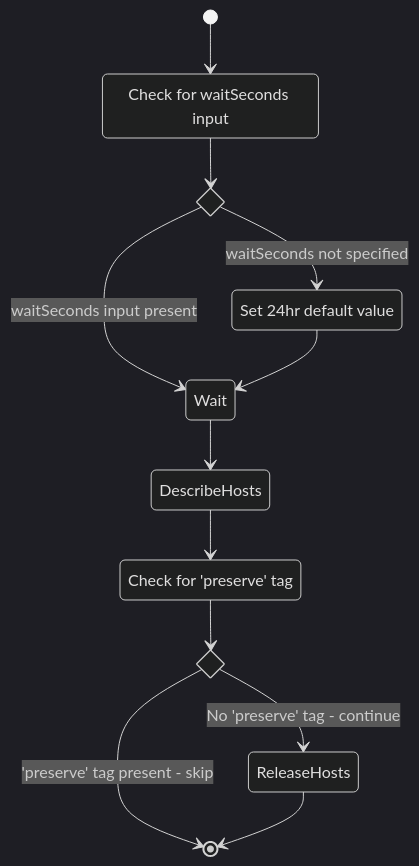
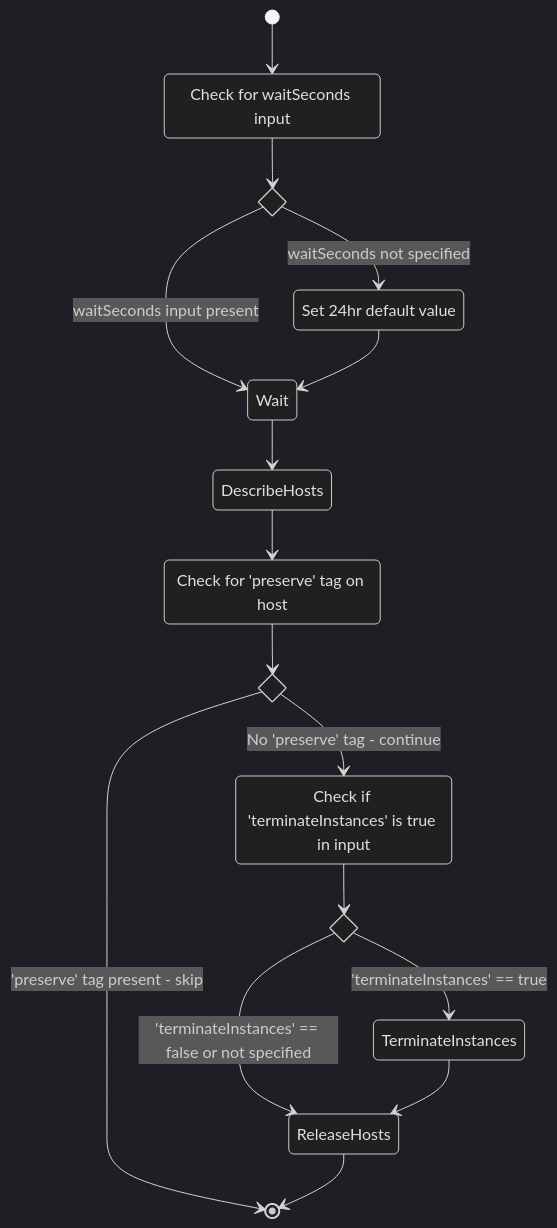
One commit to Phuurl/ec2-mac-releaser changed the diagram in README.md. Above: the diagram before and after it, drawn with Mermaid (dark theme). The commit also changed other lines of this file and 2 other files, not shown here.

Commit message:
Adds support for terminating instances on host (#2)

````diff
--- a/README.md
+++ b/README.md
@@ -7,19 +7,25 @@
 ```mermaid
 stateDiagram-v2
     waitSecondsCheck: Check for waitSeconds input
     setDefaultWait: Set 24hr default value
-    preserveTagCheck: Check for 'preserve' tag
+    preserveTagCheck: Check for 'preserve' tag on host
+    instanceTerminateCheck: Check if 'terminateInstances' is true in input
     state if_waitSeconds <<choice>>
     state if_preserveTag <<choice>>
+    state if_terminateInstances <<choice>>
     [*] --> waitSecondsCheck
     waitSecondsCheck --> if_waitSeconds
     if_waitSeconds --> Wait: waitSeconds input present
     if_waitSeconds --> setDefaultWait : waitSeconds not specified
     setDefaultWait --> Wait
     Wait --> DescribeHosts
     DescribeHosts --> preserveTagCheck
     preserveTagCheck --> if_preserveTag
     if_preserveTag --> [*]: 'preserve' tag present - skip
-    if_preserveTag --> ReleaseHosts: No 'preserve' tag - continue
+    if_preserveTag --> instanceTerminateCheck: No 'preserve' tag - continue
+    instanceTerminateCheck --> if_terminateInstances
+    if_terminateInstances --> TerminateInstances: 'terminateInstances' == true
+    if_terminateInstances --> ReleaseHosts: 'terminateInstances' == false or not specified
+    TerminateInstances --> ReleaseHosts
     ReleaseHosts --> [*]
 ```
````
